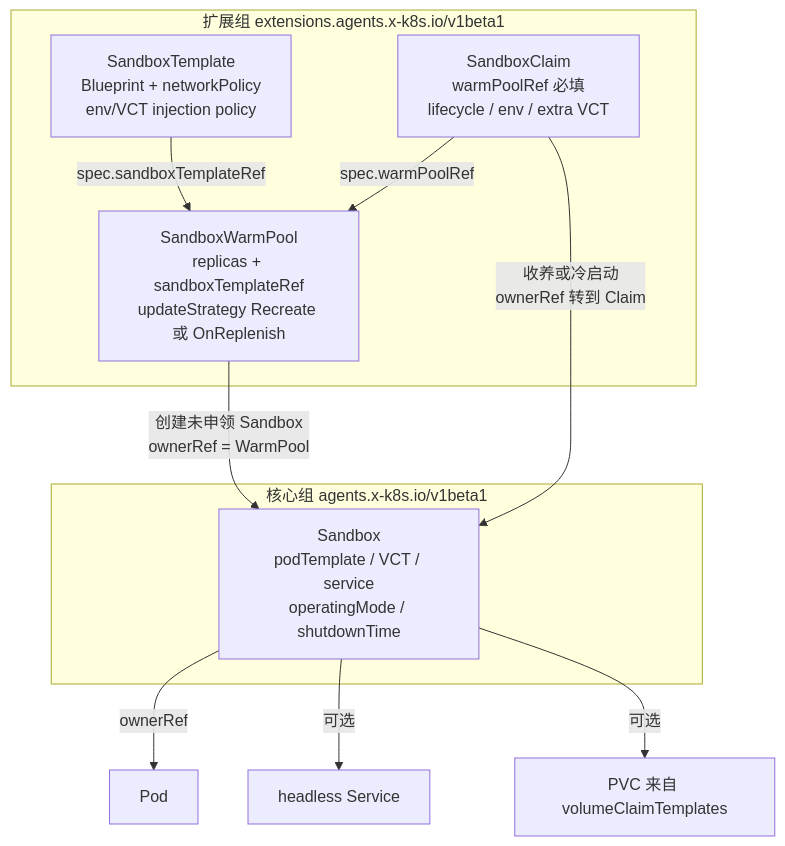
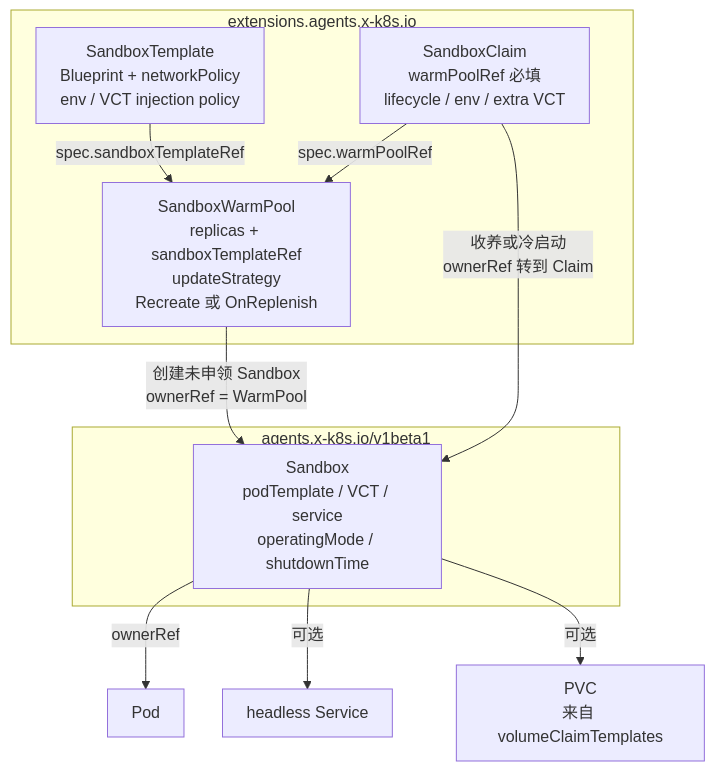
The second of 11 diagrams in docs/agent-sandbox-operator.md (forrestIsRunning/kind-k8s-learning), drawn with Mermaid before and after one commit. The commit also changed other lines of this file and 2 other files, not shown here.

Commit message:
Stop mermaid diagrams from clipping labels and bottoms.

````diff
--- a/docs/agent-sandbox-operator.md
+++ b/docs/agent-sandbox-operator.md
@@ -59,20 +69,30 @@
 ```mermaid
+---
+config:
+  flowchart:
+    htmlLabels: true
+    wrappingWidth: 200
+    padding: 12
+    useMaxWidth: false
+    rankSpacing: 35
+    nodeSpacing: 20
+---
 flowchart TB
-  subgraph core["核心组 agents.x-k8s.io/v1beta1"]
+  subgraph core["agents.x-k8s.io/v1beta1"]
     SB["Sandbox<br/>podTemplate / VCT / service<br/>operatingMode / shutdownTime"]
   end
 
-  subgraph ext["扩展组 extensions.agents.x-k8s.io/v1beta1"]
-    ST["SandboxTemplate<br/>Blueprint + networkPolicy<br/>env/VCT injection policy"]
-    SWP["SandboxWarmPool<br/>replicas + sandboxTemplateRef<br/>updateStrategy Recreate 或 OnReplenish"]
+  subgraph ext["extensions.agents.x-k8s.io"]
+    ST["SandboxTemplate<br/>Blueprint + networkPolicy<br/>env / VCT injection policy"]
+    SWP["SandboxWarmPool<br/>replicas + sandboxTemplateRef<br/>updateStrategy<br/>Recreate 或 OnReplenish"]
     SC["SandboxClaim<br/>warmPoolRef 必填<br/>lifecycle / env / extra VCT"]
   end
 
   ST -->|"spec.sandboxTemplateRef"| SWP
   SC -->|"spec.warmPoolRef"| SWP
   SWP -->|"创建未申领 Sandbox<br/>ownerRef = WarmPool"| SB
   SC -->|"收养或冷启动<br/>ownerRef 转到 Claim"| SB
   SB -->|"ownerRef"| POD["Pod"]
   SB -->|"可选"| SVC["headless Service"]
-  SB -->|"可选"| PVC["PVC 来自 volumeClaimTemplates"]
+  SB -->|"可选"| PVC["PVC<br/>来自 volumeClaimTemplates"]
 ```
````
